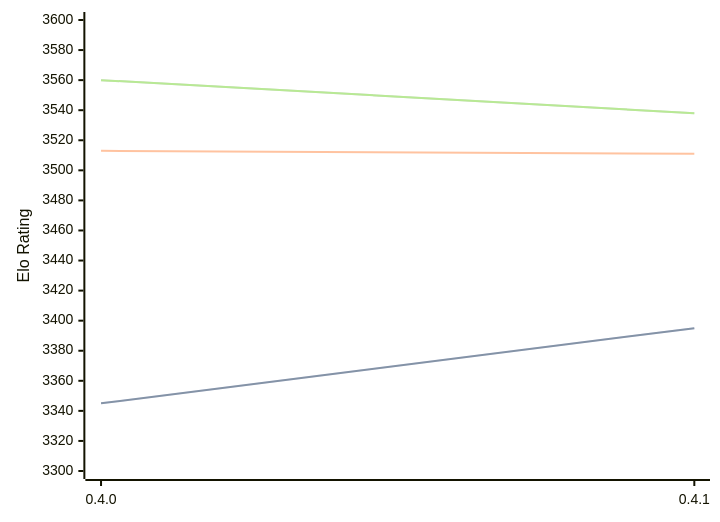
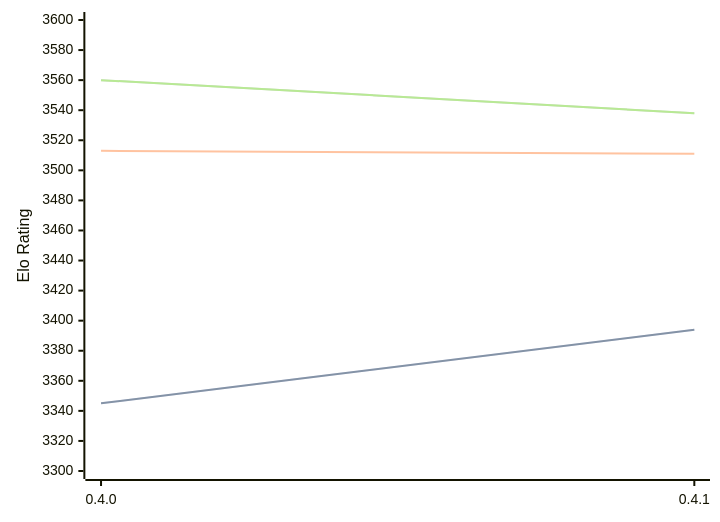
The diagram in engines/Cinder.md (computer-chess-index/cci), drawn with Mermaid before and after one commit. The commit also changed other lines of this file, not shown here.

Commit message:
Update CCI Ratings (ELO VLTC) - 2026-03-18

````diff
--- a/engines/Cinder.md
+++ b/engines/Cinder.md
@@ -38,11 +38,11 @@
 ```mermaid
 %%{init: {"theme":"base","themeVariables":{"seriesColors:['#a3a3a3','#222221','#faa371']}}}%%
 xychart-beta
   x-axis ["0.4.0", "0.4.1"]
   y-axis "Elo Rating" 3300 --> 3600
-  line "STC (8.0+0.08s)" [3345, 3395]
-  line "STC (8.0+0.08s)" [3345, 3395]
+  line "STC (8.0+0.08s)" [3345, 3394]
+  line "STC (8.0+0.08s)" [3345, 3394]
   line "LTC (60.0+0.60s)" [3513, 3511]
   line "VLTC (2m24s+1.12s)" [3560, 3538]
   line "VLTC (2m24s+1.12s)" [3560, 3538]
 ```
````
